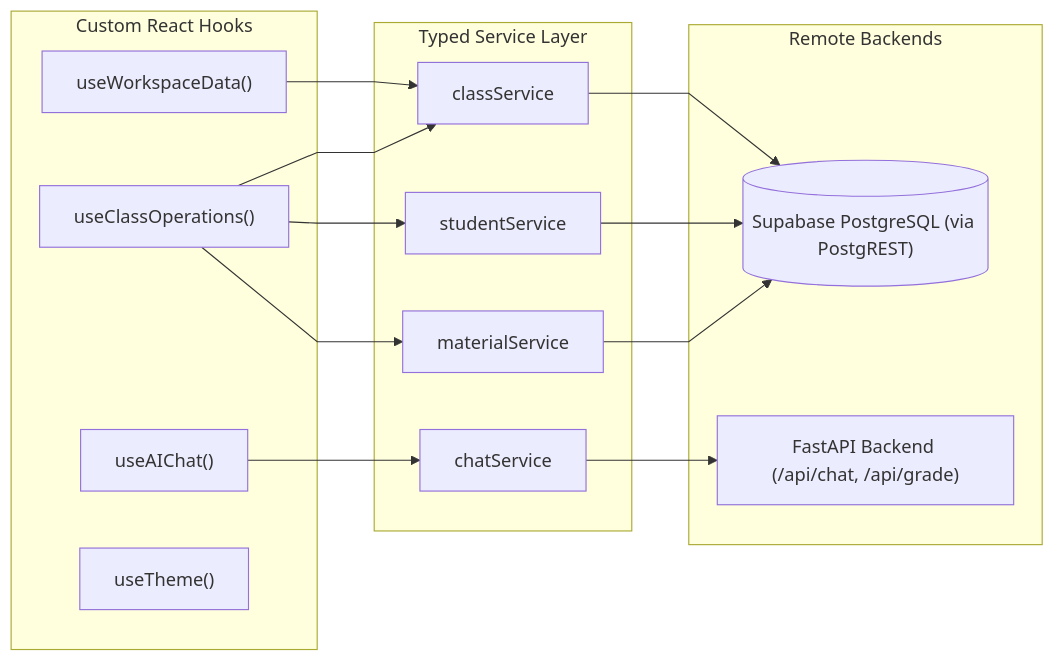
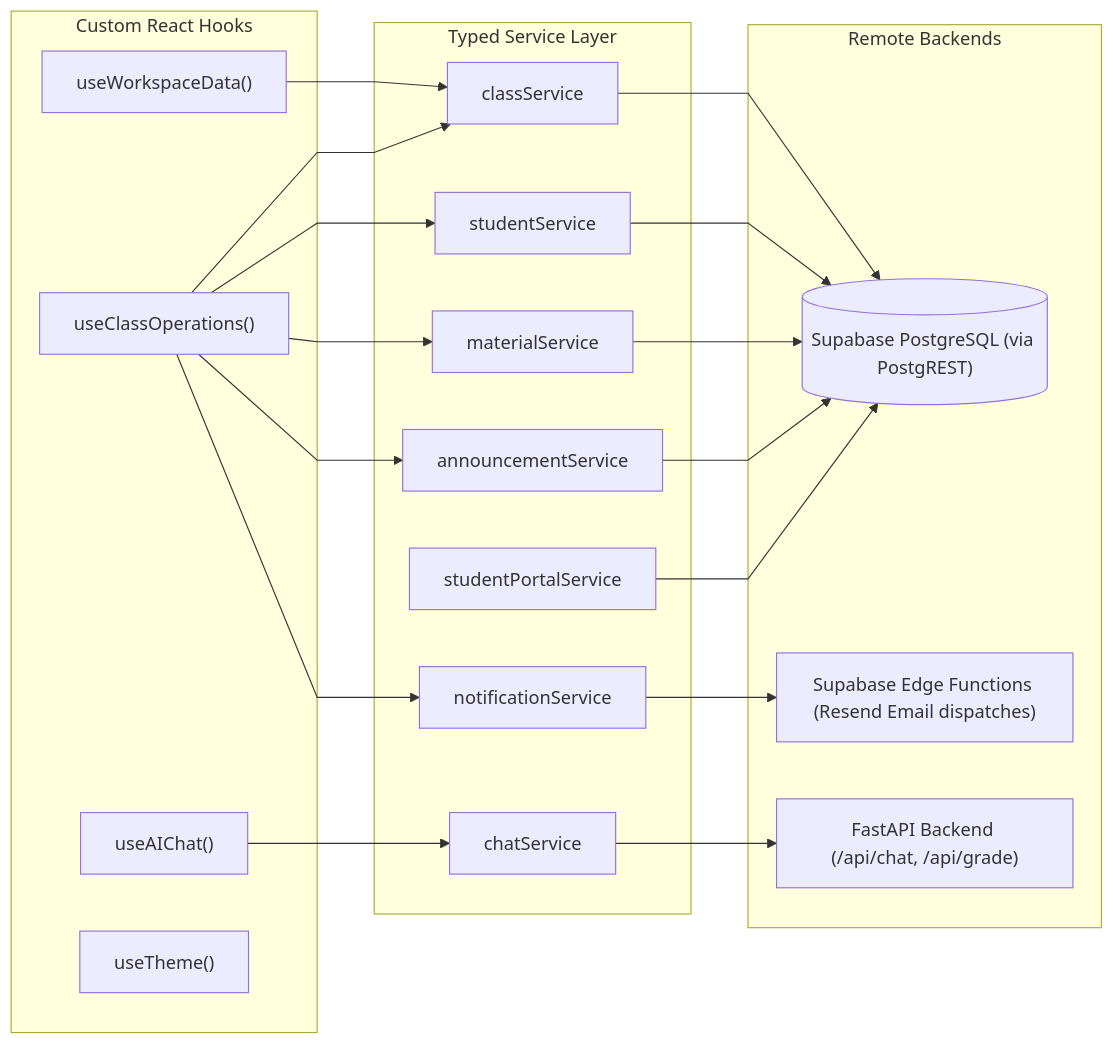
The second of 2 diagrams in systems/frontend_architecture.md (VictorBravo9er/Teacher-Assistant-Workspace), drawn with Mermaid before and after one commit. The commit also changed other lines of this file and 8 other files, not shown here.

````diff
--- a/systems/frontend_architecture.md
+++ b/systems/frontend_architecture.md
@@ -107,33 +176,42 @@
 ```mermaid
 %%{init: {'flowchart': {'curve': 'linear'}}}%%
 flowchart LR
     subgraph CustomHooks["Custom React Hooks"]
         HookWorkspace["useWorkspaceData()"]
         HookClass["useClassOperations()"]
         HookChat["useAIChat()"]
         HookTheme["useTheme()"]
     end
 
     subgraph ServiceLayer["Typed Service Layer"]
         SvcClass["classService"]
         SvcStudent["studentService"]
         SvcMat["materialService"]
         SvcChat["chatService"]
+        SvcPortal["studentPortalService"]
+        SvcAnn["announcementService"]
+        SvcNotif["notificationService"]
     end
 
     subgraph BackendTargets["Remote Backends"]
         SupaPostgres[("Supabase PostgreSQL (via PostgREST)")]
         FastAPIBackend["FastAPI Backend (/api/chat, /api/grade)"]
+        EdgeFunctions["Supabase Edge Functions (Resend Email dispatches)"]
     end
 
     HookWorkspace --> SvcClass
     HookClass --> SvcClass
     HookClass --> SvcStudent
     HookClass --> SvcMat
+    HookClass --> SvcAnn
+    HookClass --> SvcNotif
     HookChat --> SvcChat
 
     SvcClass --> SupaPostgres
     SvcStudent --> SupaPostgres
     SvcMat --> SupaPostgres
+    SvcPortal --> SupaPostgres
+    SvcAnn --> SupaPostgres
     SvcChat --> FastAPIBackend
+    SvcNotif --> EdgeFunctions
 ```
````
